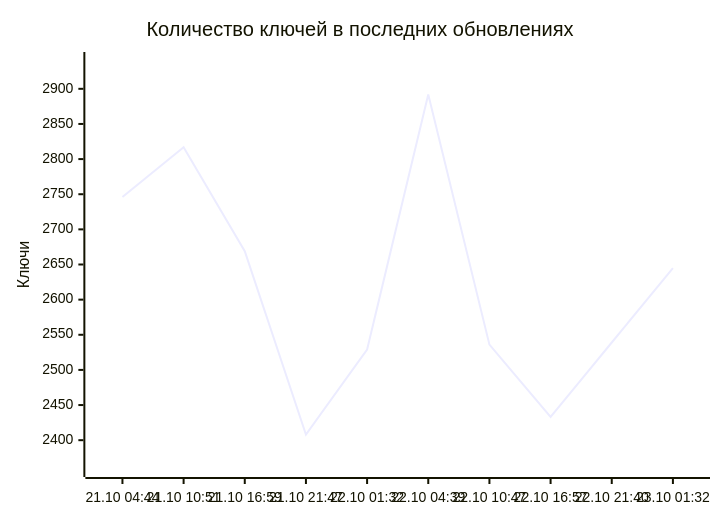
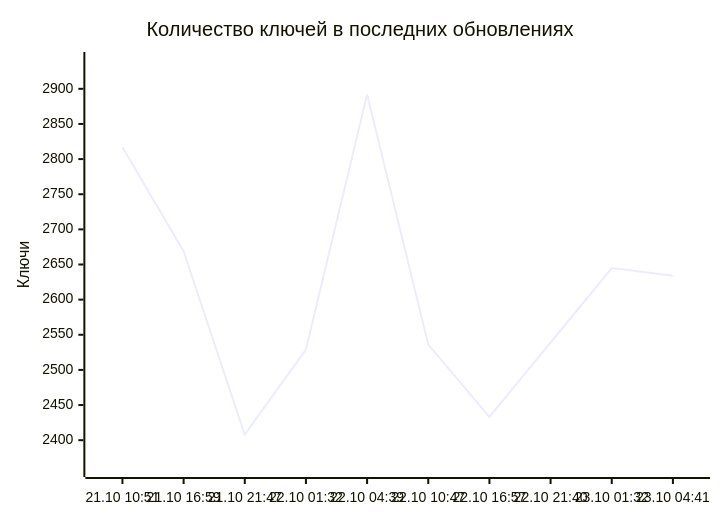
One commit to markKikhtenko/WireVeil changed the diagram in README.md. Above: the diagram before and after it, drawn with Mermaid. The commit also changed other lines of this file and 12 other files, not shown here.

````diff
--- a/README.md
+++ b/README.md
@@ -55,7 +55,7 @@
 ```mermaid
 xychart-beta
     title "Количество ключей в последних обновлениях"
-    x-axis ["21.10 04:44", "21.10 10:51", "21.10 16:59", "21.10 21:47", "22.10 01:32", "22.10 04:39", "22.10 10:47", "22.10 16:57", "22.10 21:40", "23.10 01:32"]
+    x-axis ["21.10 10:51", "21.10 16:59", "21.10 21:47", "22.10 01:32", "22.10 04:39", "22.10 10:47", "22.10 16:57", "22.10 21:40", "23.10 01:32", "23.10 04:41"]
     y-axis "Ключи" 2359 --> 2941
-    line [2746, 2817, 2669, 2408, 2529, 2892, 2536, 2433, 2539, 2645]
+    line [2817, 2669, 2408, 2529, 2892, 2536, 2433, 2539, 2645, 2634]
 ```
````
